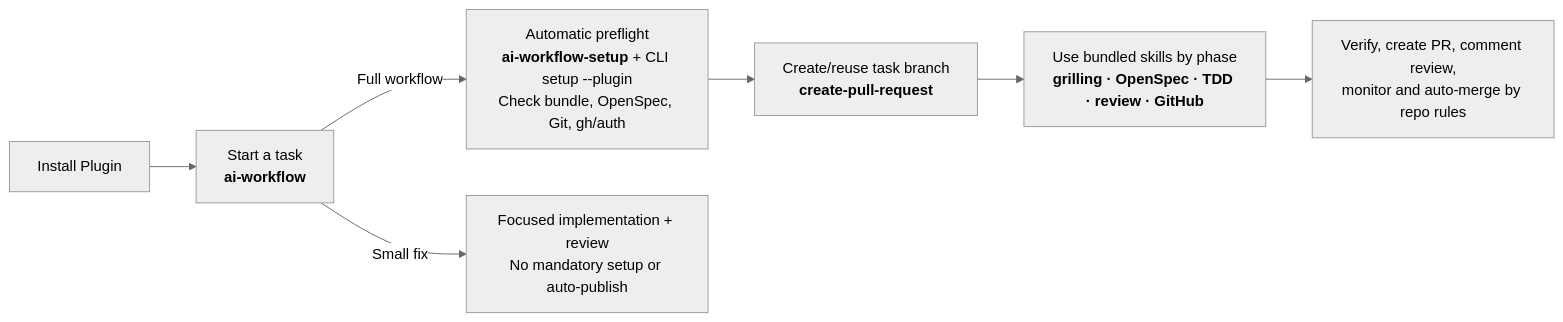
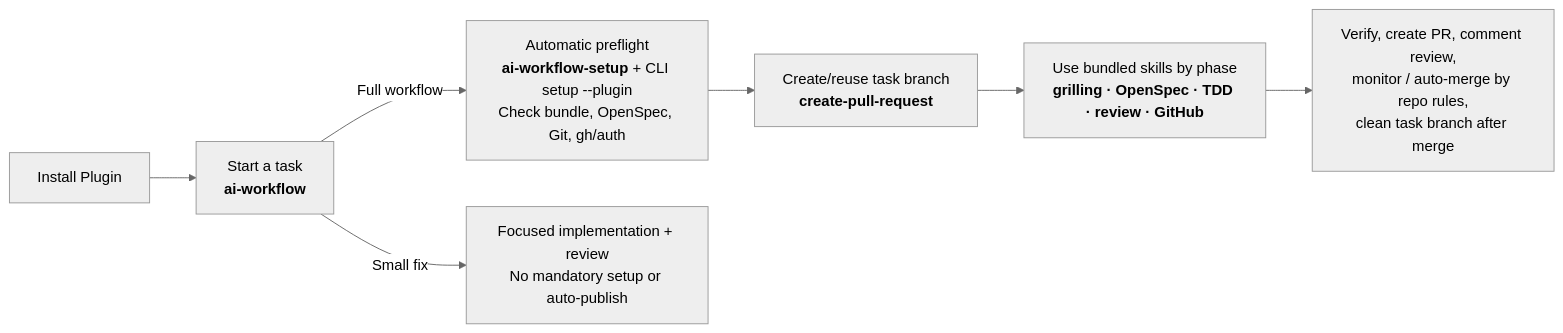
One commit to shuaibilx/AI-workflow-coding changed the second of 2 diagrams in README.md. Above: the diagram before and after it, drawn with Mermaid (neutral theme). The commit also changed other lines of this file and 18 other files, not shown here.

````diff
--- a/README.md
+++ b/README.md
@@ -96,9 +96,9 @@
 ```mermaid
 flowchart LR
     A[Install Plugin] --> W["Start a task<br/><b>ai-workflow</b>"]
     W -->|Full workflow| C["Automatic preflight<br/><b>ai-workflow-setup</b> + CLI setup --plugin<br/>Check bundle, OpenSpec, Git, gh/auth"]
     C --> B["Create/reuse task branch<br/><b>create-pull-request</b>"]
     B --> S["Use bundled skills by phase<br/><b>grilling · OpenSpec · TDD · review · GitHub</b>"]
-    S --> D["Verify, create PR, comment review,<br/>monitor and auto-merge by repo rules"]
+    S --> D["Verify, create PR, comment review,<br/>monitor / auto-merge by repo rules,<br/>clean task branch after merge"]
     W -->|Small fix| F["Focused implementation + review<br/>No mandatory setup or auto-publish"]
 ```
````
